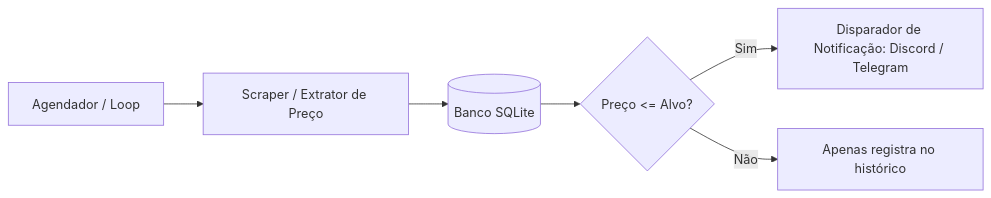
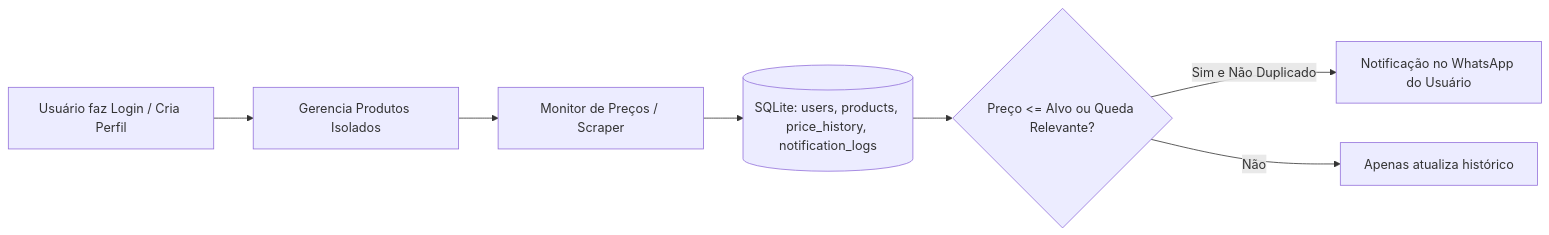
Before and after one commit to Paulomaia021/rastreador-de-sites: the diagram in CONVERSA_E_GUIA.md, drawn with Mermaid. The commit also changed other lines of this file and 10 other files, not shown here.

Commit message:
Adiciona perfis multiusuario, notificacoes WhatsApp e exclusao de produtos

````diff
--- a/CONVERSA_E_GUIA.md
+++ b/CONVERSA_E_GUIA.md
@@ -13,8 +13,9 @@
 ```mermaid
 flowchart LR
-    A[Agendador / Loop] --> B[Scraper / Extrator de Preço]
-    B --> C[(Banco SQLite)]
-    C --> D{Preço <= Alvo?}
-    D -- Sim --> E[Disparador de Notificação: Discord / Telegram]
-    D -- Não --> F[Apenas registra no histórico]
+    U[Usuário faz Login / Cria Perfil] --> P[Gerencia Produtos Isolados]
+    P --> M[Monitor de Preços / Scraper]
+    M --> DB[(SQLite: users, products, price_history, notification_logs)]
+    DB --> C{Preço <= Alvo ou Queda Relevante?}
+    C -- Sim e Não Duplicado --> W[Notificação no WhatsApp do Usuário]
+    C -- Não --> H[Apenas atualiza histórico]
 ```
````
